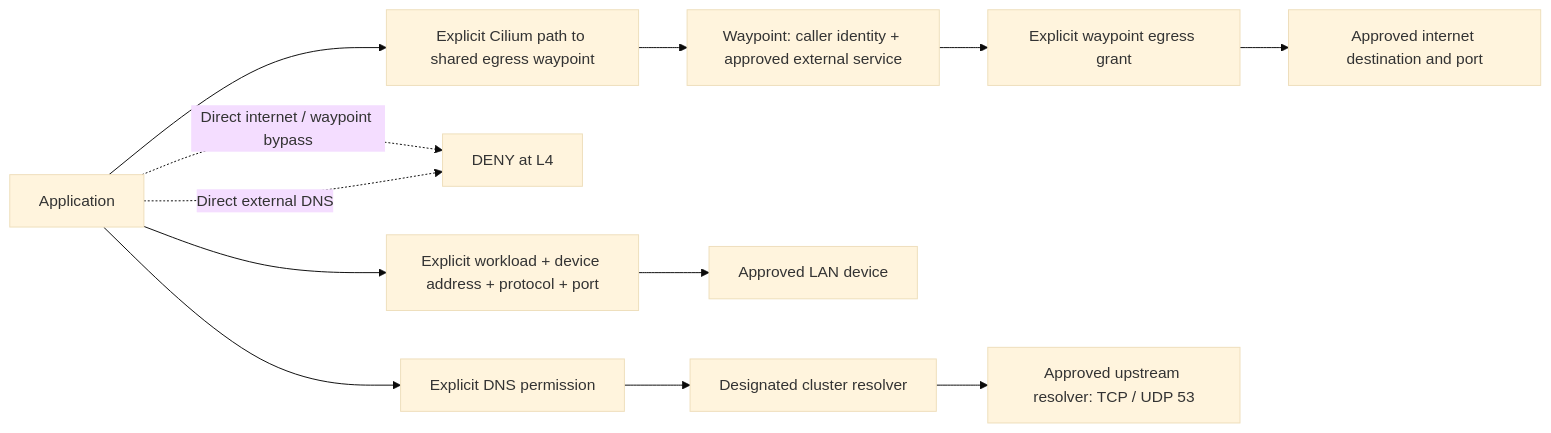
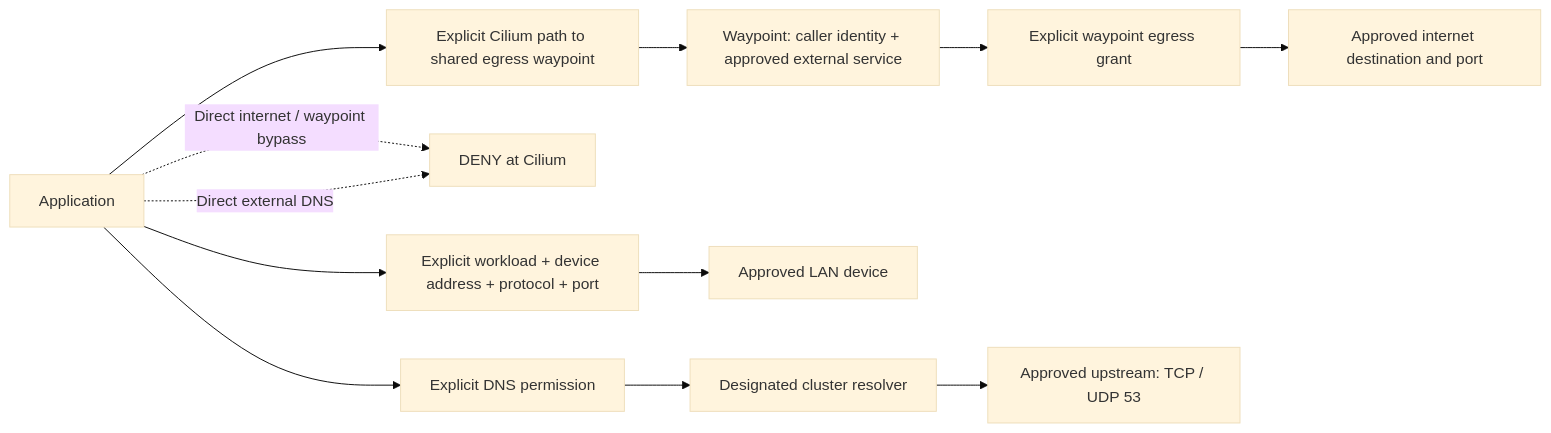
One commit to liamawhite/homelab changed the fourth of 5 diagrams in docs/architecture/network-security.md. Above: the diagram before and after it, drawn with Mermaid (base theme). The commit also changed other lines of this file and 24 other files, not shown here.

````diff
--- a/docs/architecture/network-security.md
+++ b/docs/architecture/network-security.md
@@ -75,16 +83,16 @@
 ```mermaid
 flowchart LR
     App["Application"] --> EPath["Explicit Cilium path to shared egress waypoint"]
     EPath --> EAuth["Waypoint: caller identity + approved external service"]
     EAuth --> Out["Explicit waypoint egress grant"]
     Out --> Internet["Approved internet destination and port"]
-    App -. "Direct internet / waypoint bypass" .-> Deny["DENY at L4"]
+    App -. "Direct internet / waypoint bypass" .-> Deny["DENY at Cilium"]
 
     App --> LANRule["Explicit workload + device address + protocol + port"]
     LANRule --> LAN["Approved LAN device"]
 
     App --> DNSGrant["Explicit DNS permission"]
     DNSGrant --> CoreDNS["Designated cluster resolver"]
-    CoreDNS --> Upstream["Approved upstream resolver: TCP / UDP 53"]
+    CoreDNS --> Upstream["Approved upstream: TCP / UDP 53"]
     App -. "Direct external DNS" .-> Deny
 ```
````
